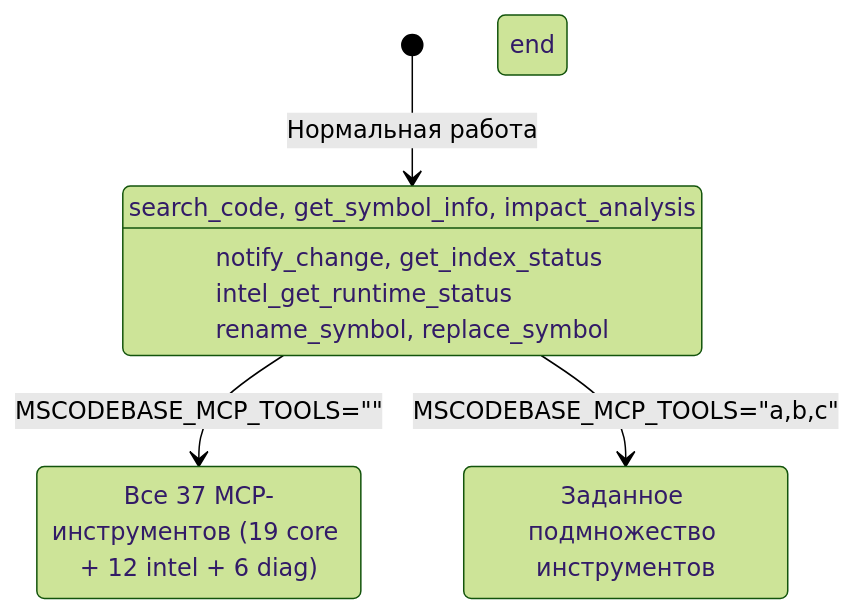
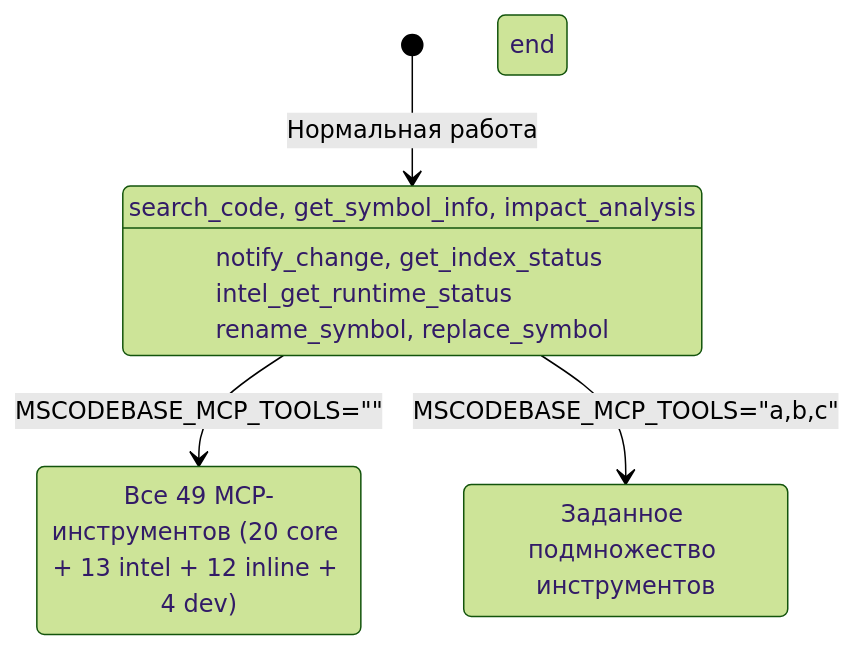
Before and after one commit to ManSio/mscodebase-intelligence: the third of 4 diagrams in docs/ru/GRACEFUL_DEGRADATION.md, drawn with Mermaid (forest theme). The commit also changed 40 other files, not shown here.

Commit message:
docs: sync tool/edge/test counters to runtime truth (49 = 20 core + 13 intel + 12 inline + 4 dev; 29 edge types; 853 tests) across en|ru|zh; diary + experiments log (A/B protocol-compression); add T1/T3/T4 artifacts (bench, patches)

````diff
--- a/docs/ru/GRACEFUL_DEGRADATION.md
+++ b/docs/ru/GRACEFUL_DEGRADATION.md
@@ -84,22 +84,22 @@
 ```mermaid
 stateDiagram-v2
     [*] --> DEFAULT_TOOLS: Нормальная работа
 
     state DEFAULT_TOOLS[Видимо: 12 инструментов]
         DEFAULT_TOOLS: search_code, get_symbol_info, impact_analysis
         DEFAULT_TOOLS: notify_change, get_index_status
         DEFAULT_TOOLS: intel_get_runtime_status
         DEFAULT_TOOLS: rename_symbol, replace_symbol
     end
 
     DEFAULT_TOOLS --> ALL_TOOLS: MSCODEBASE_MCP_TOOLS=""
     DEFAULT_TOOLS --> CUSTOM_TOOLS: MSCODEBASE_MCP_TOOLS="a,b,c"
 
-    state ALL_TOOLS[Видимо: 37 инструментов]
-        ALL_TOOLS: Все 37 MCP-инструментов (19 core + 12 intel + 6 diag)
+    state ALL_TOOLS[Видимо: 49 инструментов]
+        ALL_TOOLS: Все 49 MCP-инструментов (20 core + 13 intel + 12 inline + 4 dev)
     end
 
     state CUSTOM_TOOLS[Пользовательский выбор]
         CUSTOM_TOOLS: Заданное подмножество инструментов
     end
 ```
````
